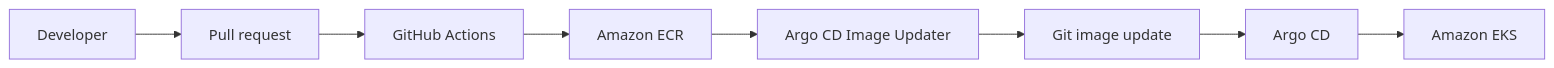
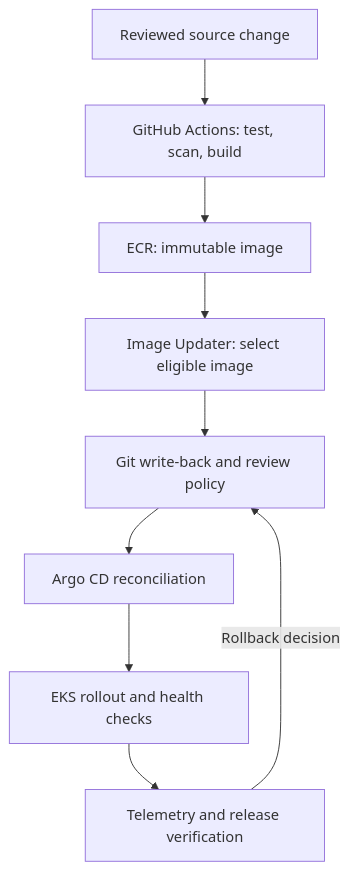
Before and after one commit to Gabinsime75/African-Vibe-Online-Shop-AVOS: the first of 2 diagrams in README.md, drawn with Mermaid. The commit also changed other lines of this file, not shown here.

````diff
--- a/README.md
+++ b/README.md
@@ -151,10 +137,11 @@
 ```mermaid
-flowchart LR
-    DEV[Developer] --> PR[Pull request]
-    PR --> CI[GitHub Actions]
-    CI --> ECR[Amazon ECR]
-    ECR --> IU[Argo CD Image Updater]
-    IU --> GIT[Git image update]
-    GIT --> ARGO[Argo CD]
-    ARGO --> EKS[Amazon EKS]
+flowchart TD
+    SOURCE["Reviewed source change"] --> CI["GitHub Actions: test, scan, build"]
+    CI --> ECR["ECR: immutable image"]
+    ECR --> UPDATER["Image Updater: select eligible image"]
+    UPDATER --> GIT["Git write-back and review policy"]
+    GIT --> ARGO["Argo CD reconciliation"]
+    ARGO --> EKS["EKS rollout and health checks"]
+    EKS --> OBS["Telemetry and release verification"]
+    OBS -->|"Rollback decision"| GIT
 ```
````
